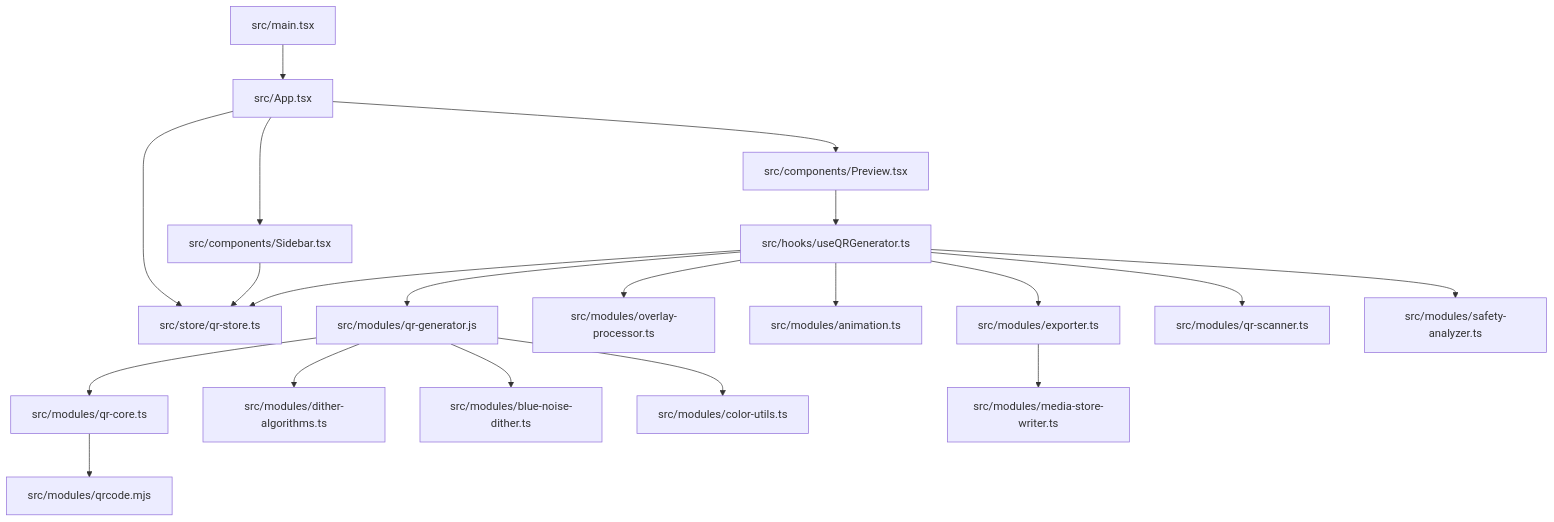
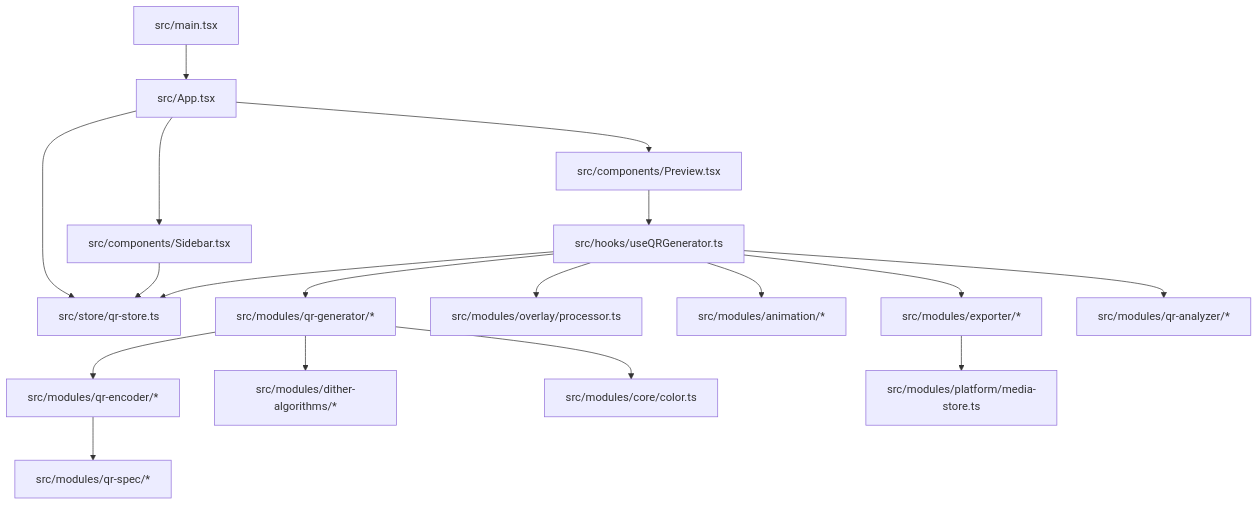
Before and after one commit to maldous/anqr: the first of 3 diagrams in knowledge.md, drawn with Mermaid. The commit also changed other lines of this file and 22 other files, not shown here.

````diff
--- a/knowledge.md
+++ b/knowledge.md
@@ -20,22 +20,20 @@
 ```mermaid
 flowchart TD
   A[src/main.tsx] --> B[src/App.tsx]
   B --> C[src/store/qr-store.ts]
   B --> D[src/components/Sidebar.tsx]
   B --> E[src/components/Preview.tsx]
   D --> C
   E --> F[src/hooks/useQRGenerator.ts]
   F --> C
-  F --> G[src/modules/qr-generator.js]
-  F --> H[src/modules/overlay-processor.ts]
-  F --> I[src/modules/animation.ts]
-  F --> J[src/modules/exporter.ts]
-  F --> K[src/modules/qr-scanner.ts]
-  F --> L[src/modules/safety-analyzer.ts]
-  G --> M[src/modules/qr-core.ts]
-  M --> N[src/modules/qrcode.mjs]
-  G --> O[src/modules/dither-algorithms.ts]
-  G --> P[src/modules/blue-noise-dither.ts]
-  G --> Q[src/modules/color-utils.ts]
-  J --> R[src/modules/media-store-writer.ts]
+  F --> G[src/modules/qr-generator/*]
+  F --> H[src/modules/overlay/processor.ts]
+  F --> I[src/modules/animation/*]
+  F --> J[src/modules/exporter/*]
+  F --> K[src/modules/qr-analyzer/*]
+  G --> M[src/modules/qr-encoder/*]
+  M --> N[src/modules/qr-spec/*]
+  G --> O[src/modules/dither-algorithms/*]
+  G --> Q[src/modules/core/color.ts]
+  J --> R[src/modules/platform/media-store.ts]
 ```
````
